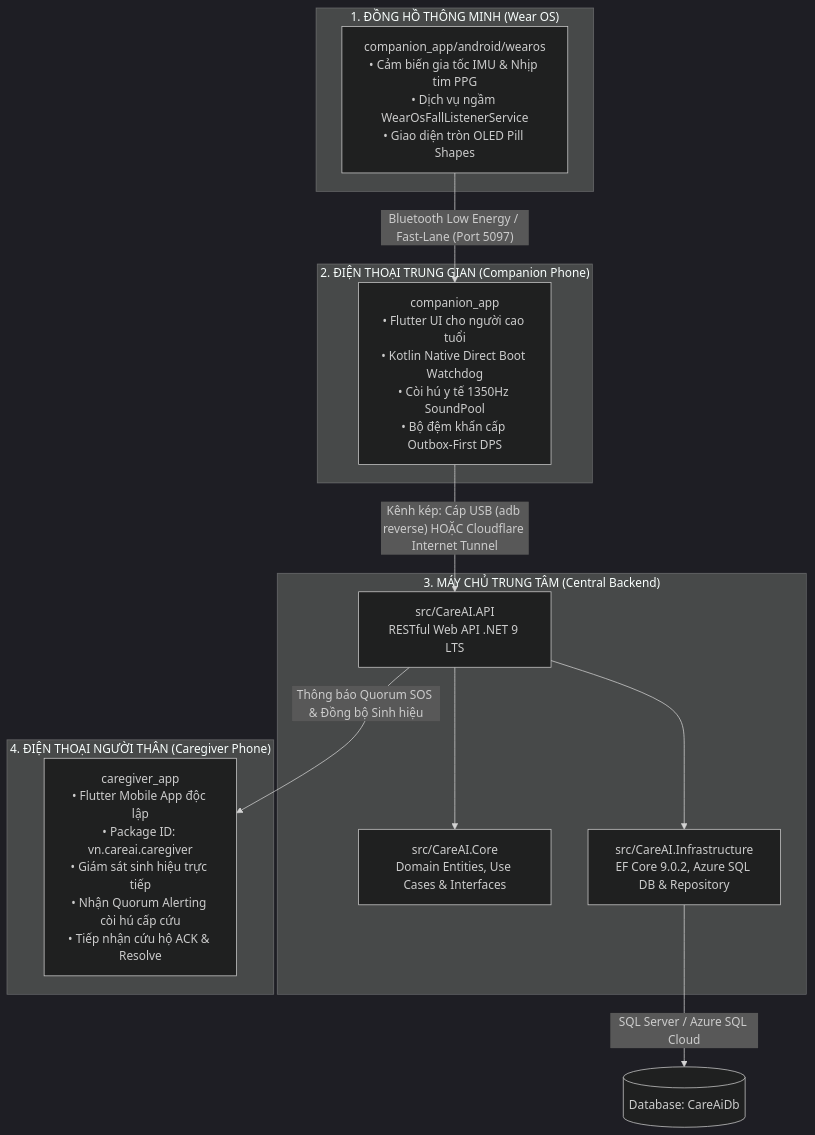
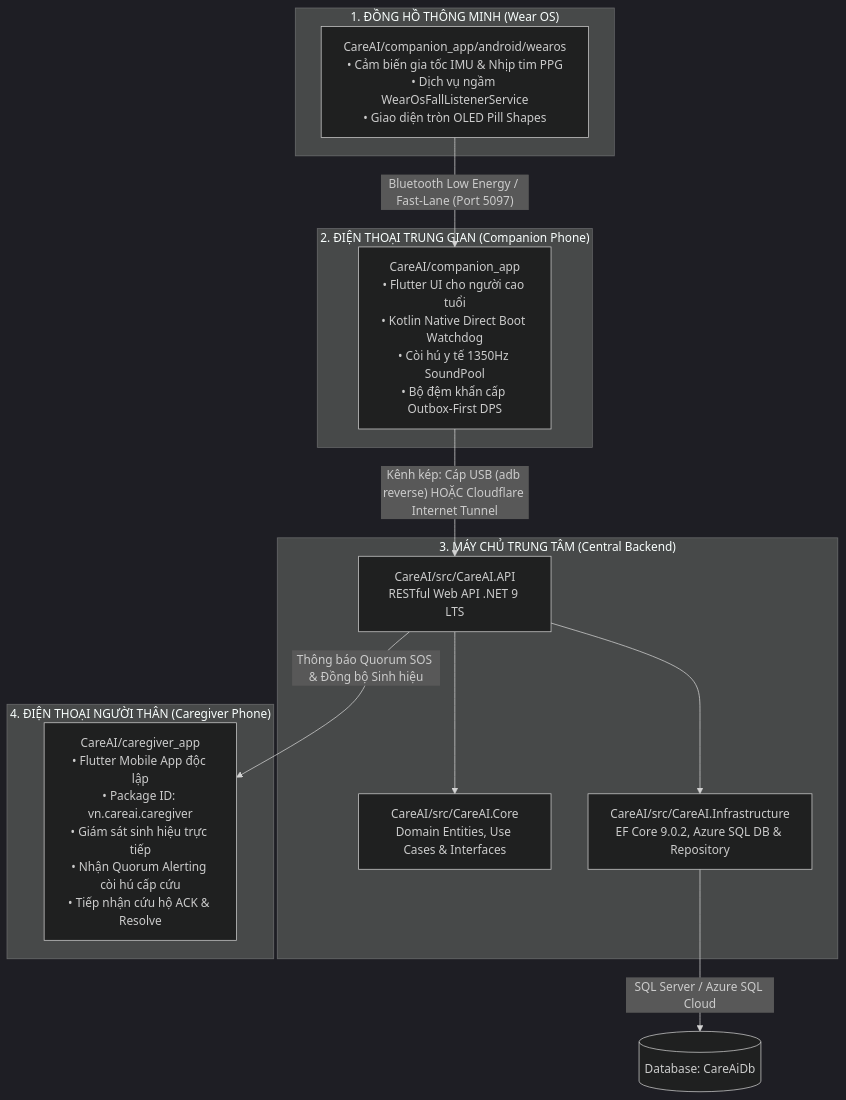
One commit to taithptqt/CareAI changed the diagram in HUONG_DAN_CAU_TRUC_THU_MUC_VA_HE_THONG_CAREAI.md. Above: the diagram before and after it, drawn with Mermaid (dark theme). The commit also changed other lines of this file and 305 other files, not shown here.

````diff
--- a/HUONG_DAN_CAU_TRUC_THU_MUC_VA_HE_THONG_CAREAI.md
+++ b/HUONG_DAN_CAU_TRUC_THU_MUC_VA_HE_THONG_CAREAI.md
@@ -24,27 +26,27 @@
 ```mermaid
 flowchart TD
     subgraph Wearable["1. ĐỒNG HỒ THÔNG MINH (Wear OS)"]
-        W[companion_app/android/wearos<br>• Cảm biến gia tốc IMU & Nhịp tim PPG<br>• Dịch vụ ngầm WearOsFallListenerService<br>• Giao diện tròn OLED Pill Shapes]
+        W[CareAI/companion_app/android/wearos<br>• Cảm biến gia tốc IMU & Nhịp tim PPG<br>• Dịch vụ ngầm WearOsFallListenerService<br>• Giao diện tròn OLED Pill Shapes]
     end
 
     subgraph Companion["2. ĐIỆN THOẠI TRUNG GIAN (Companion Phone)"]
-        CP[companion_app<br>• Flutter UI cho người cao tuổi<br>• Kotlin Native Direct Boot Watchdog<br>• Còi hú y tế 1350Hz SoundPool<br>• Bộ đệm khẩn cấp Outbox-First DPS]
+        CP[CareAI/companion_app<br>• Flutter UI cho người cao tuổi<br>• Kotlin Native Direct Boot Watchdog<br>• Còi hú y tế 1350Hz SoundPool<br>• Bộ đệm khẩn cấp Outbox-First DPS]
     end
 
     subgraph Backend["3. MÁY CHỦ TRUNG TÂM (Central Backend)"]
-        API[src/CareAI.API<br>RESTful Web API .NET 9 LTS]
-        Core[src/CareAI.Core<br>Domain Entities, Use Cases & Interfaces]
-        Infra[src/CareAI.Infrastructure<br>EF Core 9.0.2, Azure SQL DB & Repository]
+        API[CareAI/src/CareAI.API<br>RESTful Web API .NET 9 LTS]
+        Core[CareAI/src/CareAI.Core<br>Domain Entities, Use Cases & Interfaces]
+        Infra[CareAI/src/CareAI.Infrastructure<br>EF Core 9.0.2, Azure SQL DB & Repository]
     end
 
     subgraph Caregiver["4. ĐIỆN THOẠI NGƯỜI THÂN (Caregiver Phone)"]
-        CG[caregiver_app<br>• Flutter Mobile App độc lập<br>• Package ID: vn.careai.caregiver<br>• Giám sát sinh hiệu trực tiếp<br>• Nhận Quorum Alerting còi hú cấp cứu<br>• Tiếp nhận cứu hộ ACK & Resolve]
+        CG[CareAI/caregiver_app<br>• Flutter Mobile App độc lập<br>• Package ID: vn.careai.caregiver<br>• Giám sát sinh hiệu trực tiếp<br>• Nhận Quorum Alerting còi hú cấp cứu<br>• Tiếp nhận cứu hộ ACK & Resolve]
     end
 
     W -- "Bluetooth Low Energy / Fast-Lane (Port 5097)" --> CP
     CP -- "Kênh kép: Cáp USB (adb reverse) HOẶC Cloudflare Internet Tunnel" --> API
     API --> Core
     API --> Infra
     Infra -- "SQL Server / Azure SQL Cloud" --> DB[(Database: CareAiDb)]
     API -- "Thông báo Quorum SOS & Đồng bộ Sinh hiệu" --> CG
 ```
````
